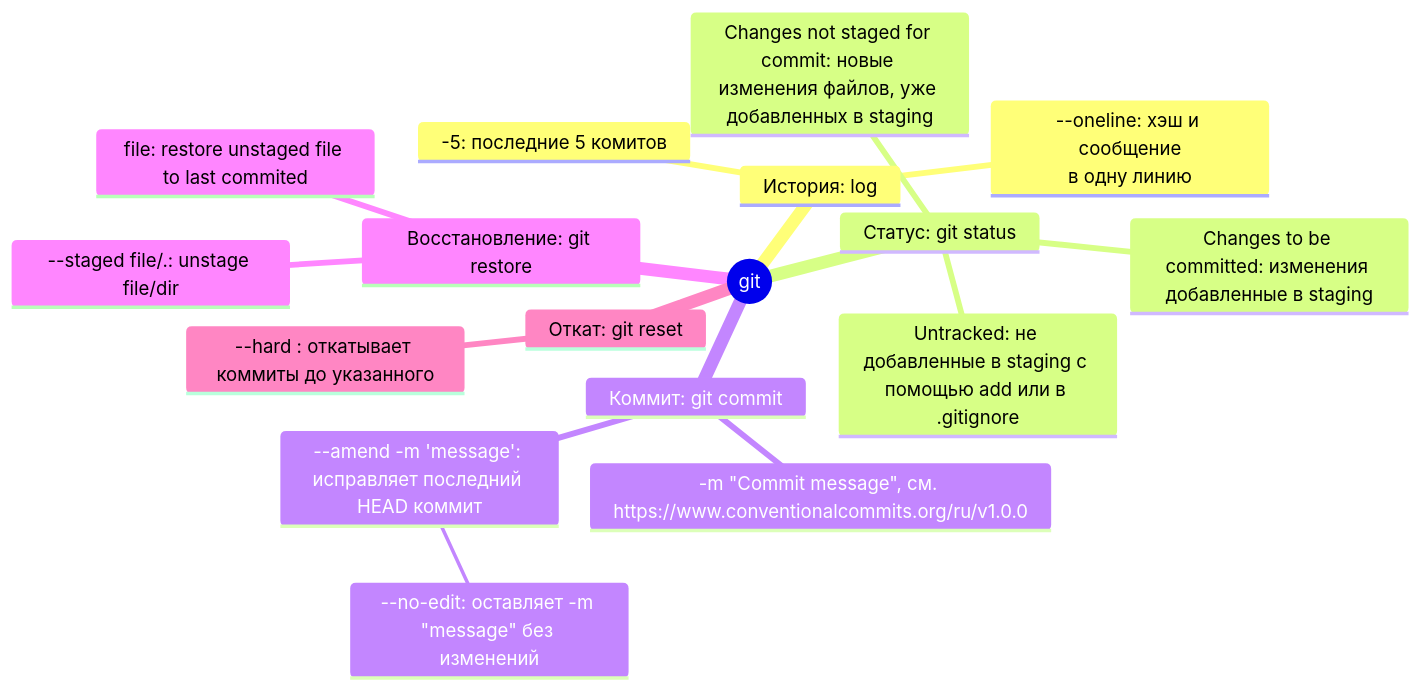
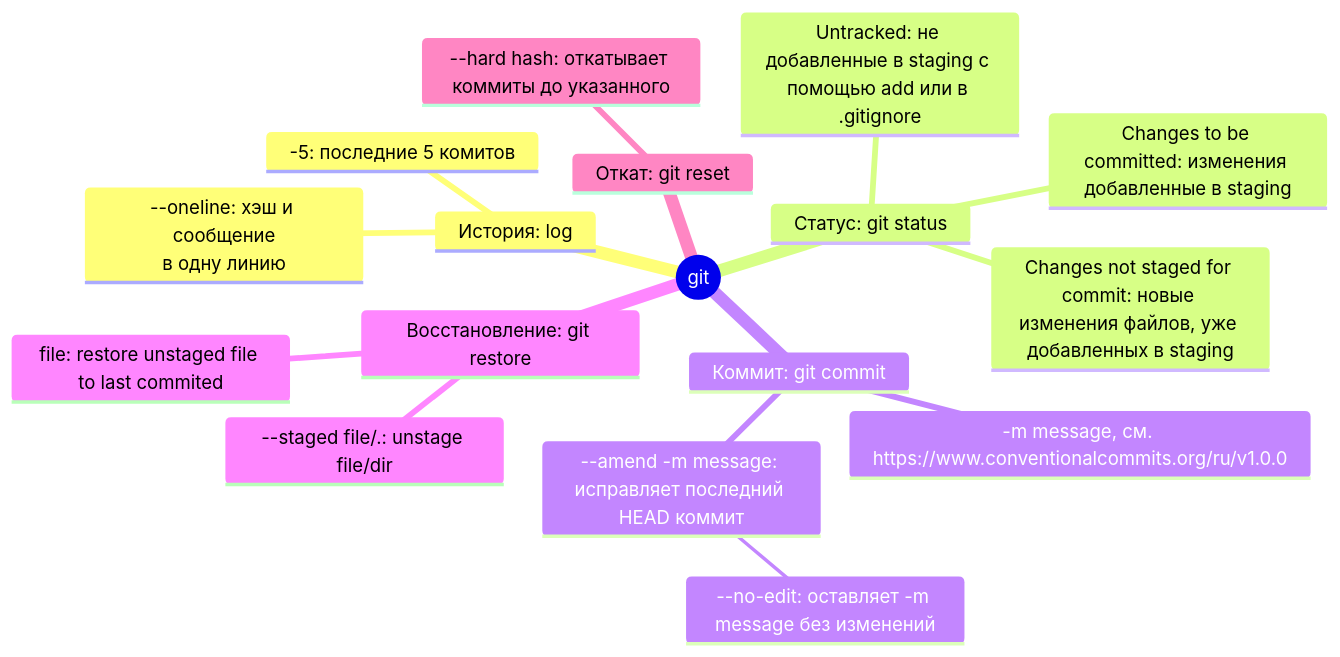
The diagram in README.md (virtua10ne/wannabe_devops), drawn with Mermaid before and after one commit.

````diff
--- a/README.md
+++ b/README.md
@@ -67,21 +67,21 @@
 ```mermaid
 mindmap
   root((git))
     История: log
       --oneline: хэш и сообщение<br/>в одну линию
       -5: последние 5 комитов
     Статус: git status
       Untracked: не добавленные в staging с помощью add или в .gitignore
       Changes not staged for commit: новые изменения файлов, уже добавленных в staging
       Changes to be committed: изменения добавленные в staging
     Коммит: git commit
-      -m "Commit message", см. https://www.conventionalcommits.org/ru/v1.0.0
-      --amend -m 'message': исправляет последний HEAD коммит
-        --no-edit: оставляет -m "message" без изменений
+      -m message, см. https://www.conventionalcommits.org/ru/v1.0.0
+      --amend -m message: исправляет последний HEAD коммит
+        --no-edit: оставляет -m message без изменений
     Восстановление: git restore
       file: restore unstaged file to last commited
       --staged file/.: unstage file/dir
       
     Откат: git reset
-      --hard <hash>: откатывает коммиты до указанного
+      --hard hash: откатывает коммиты до указанного
 ```
````
